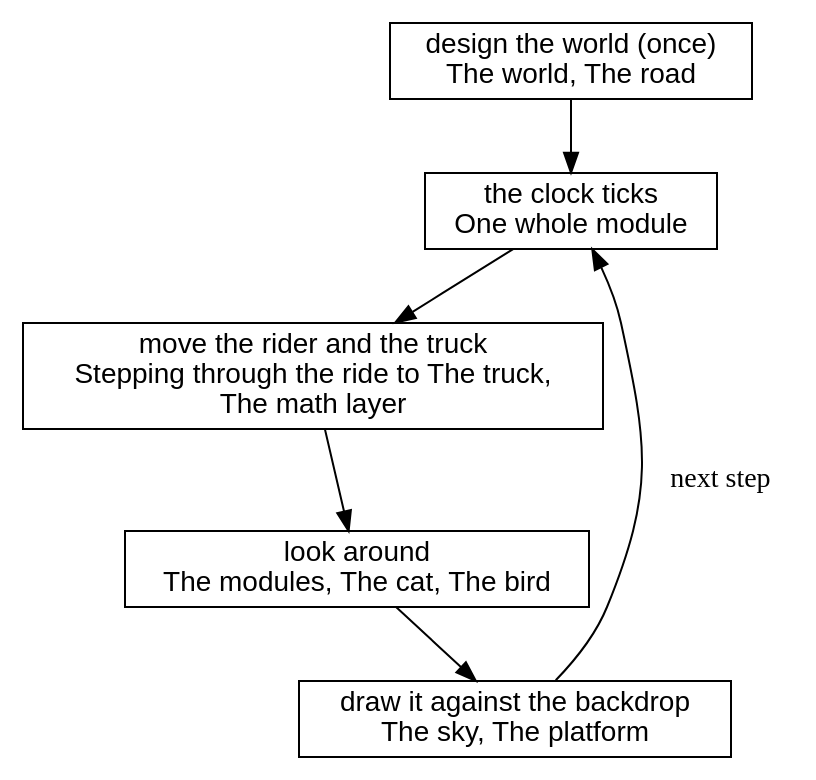
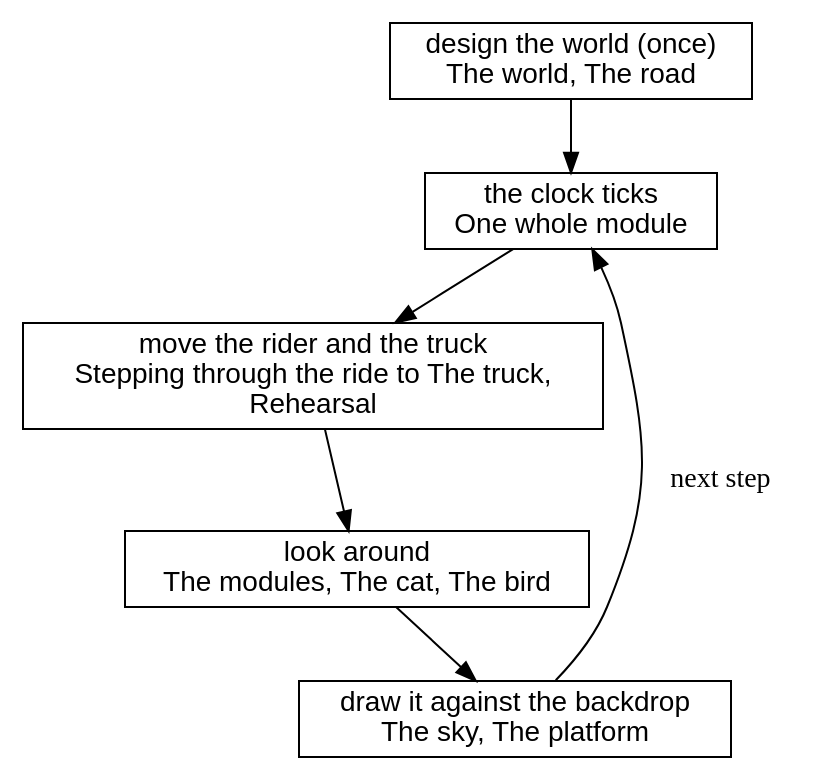
Diagram 29 of 29 in canvas_apps/safari/tutorial/tutorial.md (showell/roc-apps), drawn with Graphviz before and after one commit. The commit also changed other lines of this file and 1 other file, not shown here.

Commit message:
book: Rehearsal gets a chapter, the big idea gets a name, and the markers go

````diff
--- a/canvas_apps/safari/tutorial/tutorial.md
+++ b/canvas_apps/safari/tutorial/tutorial.md
@@ -2345,15 +2343,15 @@
 ```dot
 digraph opened {
   node [shape=box, fontname="Helvetica"];
   world [label="design the world (once)\nThe world, The road"];
   tick [label="the clock ticks\nOne whole module"];
-  move [label="move the rider and the truck\nStepping through the ride to The truck,\nThe math layer"];
+  move [label="move the rider and the truck\nStepping through the ride to The truck,\nRehearsal"];
   look [label="look around\nThe modules, The cat, The bird"];
   draw [label="draw it against the backdrop\nThe sky, The platform"];
   world -> tick;
   tick -> move;
   move -> look;
   look -> draw;
   draw -> tick [label="  next step"];
 }
 ```
````
